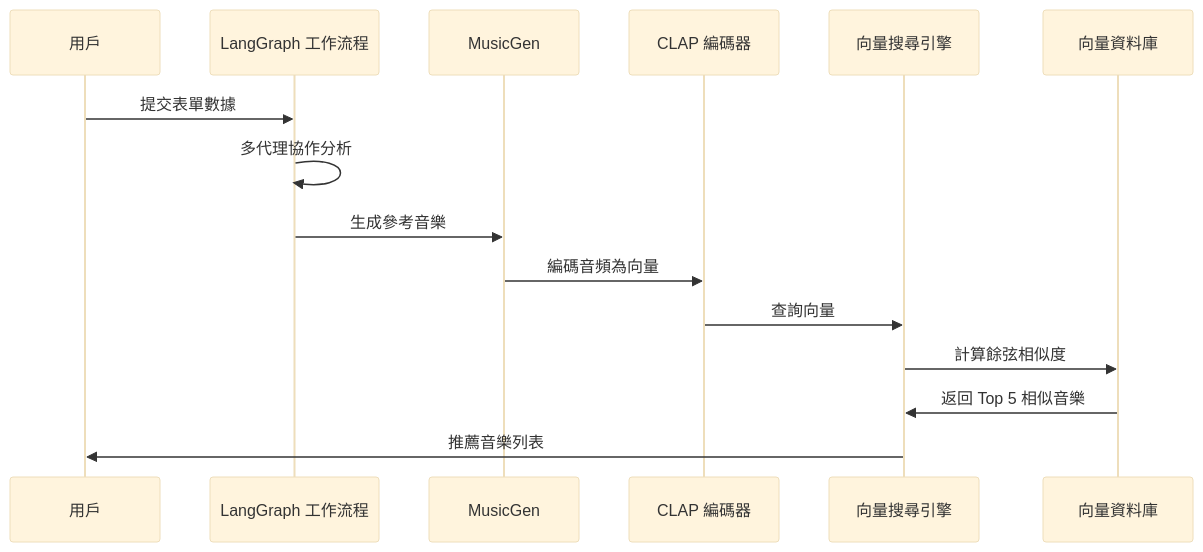
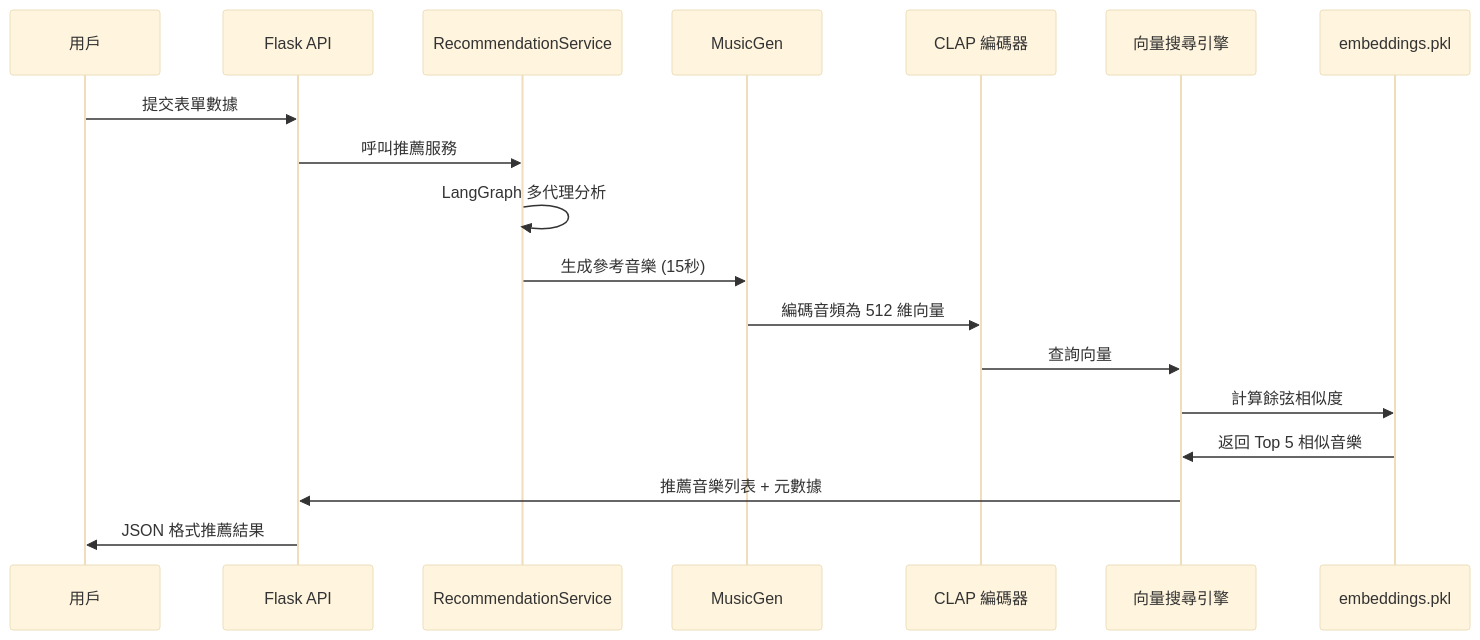
The sixth of 13 diagrams in docs/RecommendationSystem.md (whats2000/sleep-recommendation-system), drawn with Mermaid (base theme) before and after one commit. The commit also changed other lines of this file, not shown here.

````diff
--- a/docs/RecommendationSystem.md
+++ b/docs/RecommendationSystem.md
@@ -184,18 +223,21 @@
 ```mermaid
 sequenceDiagram
     participant U as 用戶
-    participant WF as LangGraph 工作流程
+    participant API as Flask API
+    participant RS as RecommendationService
     participant MG as MusicGen
     participant CLAP as CLAP 編碼器
     participant VS as 向量搜尋引擎
-    participant DB as 向量資料庫
-    
-    U->>WF: 提交表單數據
-    WF->>WF: 多代理協作分析
-    WF->>MG: 生成參考音樂
-    MG->>CLAP: 編碼音頻為向量
+    participant DB as embeddings.pkl
+
+    U->>API: 提交表單數據
+    API->>RS: 呼叫推薦服務
+    RS->>RS: LangGraph 多代理分析
+    RS->>MG: 生成參考音樂 (15秒)
+    MG->>CLAP: 編碼音頻為 512 維向量
     CLAP->>VS: 查詢向量
     VS->>DB: 計算餘弦相似度
     DB->>VS: 返回 Top 5 相似音樂
-    VS->>U: 推薦音樂列表
+    VS->>API: 推薦音樂列表 + 元數據
+    API->>U: JSON 格式推薦結果
 ```
````
